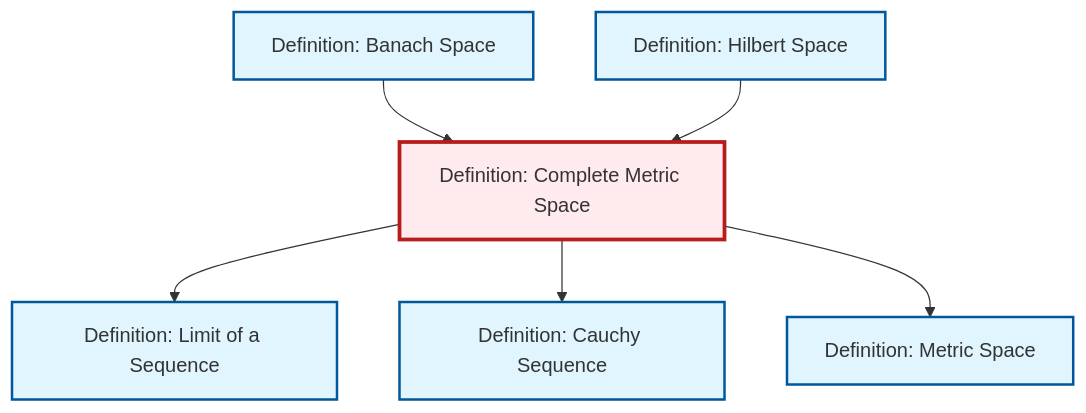
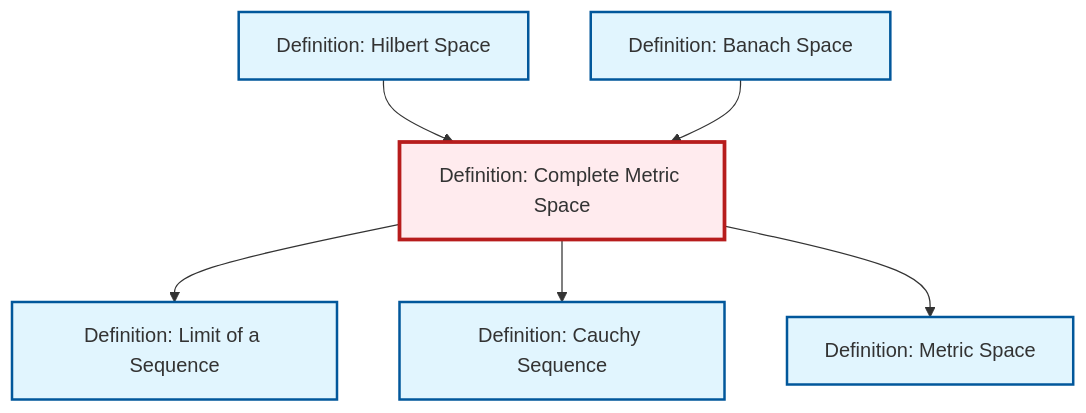
The diagram in content/ja/analysis/def-complete-metric-space.qmd (RK0429/ModernMath), drawn with Mermaid before and after one commit. The commit also changed other lines of this file and 654 other files, not shown here.

````diff
--- a/content/ja/analysis/def-complete-metric-space.qmd
+++ b/content/ja/analysis/def-complete-metric-space.qmd
@@ -54,26 +54,26 @@
 ```{mermaid}
 %%| fig-cap: "Local dependency graph"
 graph TD
     classDef definition fill:#e1f5fe,stroke:#01579b,stroke-width:2px
     classDef theorem fill:#f3e5f5,stroke:#4a148c,stroke-width:2px
     classDef axiom fill:#fff3e0,stroke:#e65100,stroke-width:2px
     classDef example fill:#e8f5e9,stroke:#1b5e20,stroke-width:2px
     classDef current fill:#ffebee,stroke:#b71c1c,stroke-width:3px
     def-hilbert-space["Definition: Hilbert Space"]:::definition
-    def-banach-space["Definition: Banach Space"]:::definition
+    def-metric-space["Definition: Metric Space"]:::definition
     def-cauchy-sequence["Definition: Cauchy Sequence"]:::definition
-    def-metric-space["Definition: Metric Space"]:::definition
     def-complete-metric-space["Definition: Complete Metric Space"]:::definition
     def-limit["Definition: Limit of a Sequence"]:::definition
+    def-banach-space["Definition: Banach Space"]:::definition
     def-complete-metric-space --> def-limit
+    def-hilbert-space --> def-complete-metric-space
     def-complete-metric-space --> def-cauchy-sequence
     def-complete-metric-space --> def-metric-space
     def-banach-space --> def-complete-metric-space
-    def-hilbert-space --> def-complete-metric-space
     class def-complete-metric-space current
     click def-hilbert-space "def-hilbert-space.html" "Definition: Hilbert Spaceへ"
+    click def-metric-space "def-metric-space.html" "Definition: Metric Spaceへ"
+    click def-cauchy-sequence "def-cauchy-sequence.html" "Definition: Cauchy Sequenceへ"
+    click def-limit "def-limit.html" "Definition: Limit of a Sequenceへ"
     click def-banach-space "def-banach-space.html" "Definition: Banach Spaceへ"
-    click def-cauchy-sequence "def-cauchy-sequence.html" "Definition: Cauchy Sequenceへ"
-    click def-metric-space "def-metric-space.html" "Definition: Metric Spaceへ"
-    click def-limit "def-limit.html" "Definition: Limit of a Sequenceへ"
 ```
````
